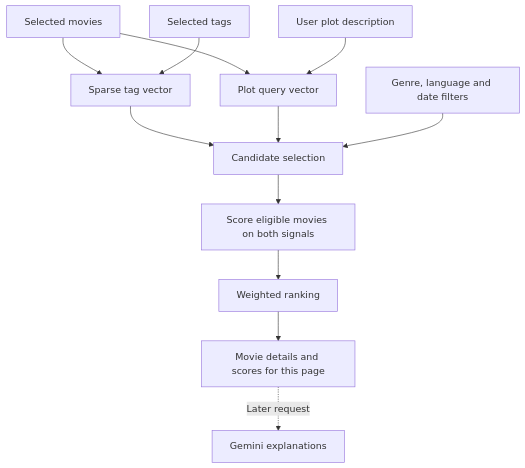
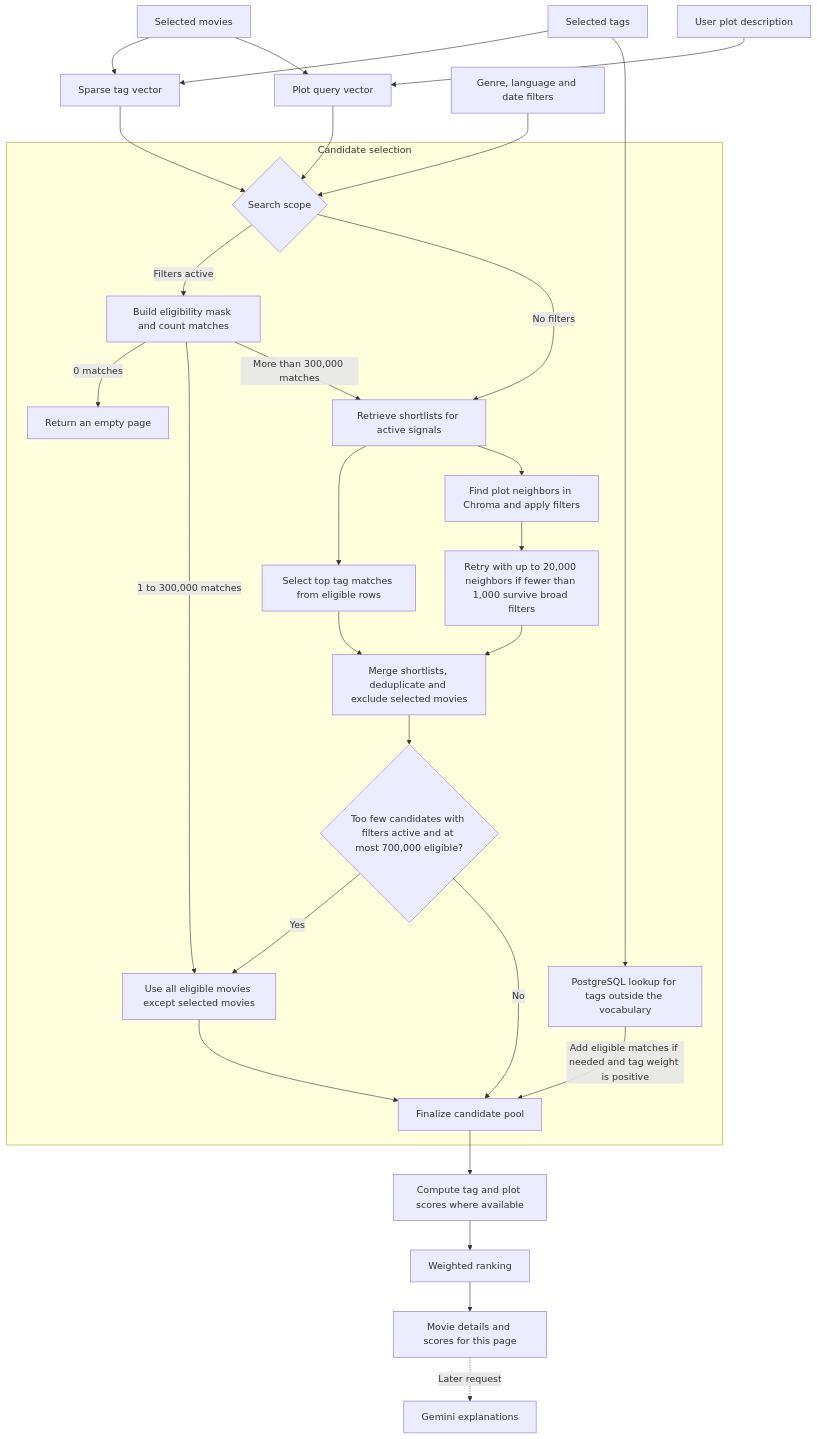
Before and after one commit to Nuwantha97/movie_recommendation_system: the first of 2 diagrams in README.md, drawn with Mermaid. The commit also changed other lines of this file, not shown here.

Commit message:
fix: enhance candidate selection logic in README with detailed flowchart updates

````diff
--- a/README.md
+++ b/README.md
@@ -7,14 +7,35 @@
 ```mermaid
 flowchart TD
     Seeds[Selected movies] --> Tags[Sparse tag vector]
     Chips[Selected tags] --> Tags
     Seeds --> Plot[Plot query vector]
     Text[User plot description] --> Plot
-    Tags --> Retrieve[Candidate selection]
-    Plot --> Retrieve
-    Filters[Genre, language and date filters] --> Retrieve
-    Retrieve --> Score[Score eligible movies on both signals]
+    Chips --> ExactTags[PostgreSQL lookup for tags outside the vocabulary]
+    Tags --> Scope
+    Plot --> Scope
+    Filters[Genre, language and date filters] --> Scope
+
+    subgraph Selection[Candidate selection]
+        Scope{Search scope}
+        Scope -->|Filters active| Mask[Build eligibility mask and count matches]
+        Mask -->|0 matches| Empty[Return an empty page]
+        Mask -->|1 to 300,000 matches| All[Use all eligible movies except selected movies]
+        Mask -->|More than 300,000 matches| Shortlists[Retrieve shortlists for active signals]
+        Scope -->|No filters| Shortlists
+        Shortlists --> TagSearch[Select top tag matches from eligible rows]
+        Shortlists --> PlotSearch[Find plot neighbors in Chroma and apply filters]
+        PlotSearch --> Retry[Retry with up to 20,000 neighbors if fewer than 1,000 survive broad filters]
+        TagSearch --> Merge[Merge shortlists, deduplicate and exclude selected movies]
+        Retry --> Merge
+        Merge --> Fallback{"Too few candidates with filters active and at most 700,000 eligible?"}
+        Fallback -->|Yes| All
+        Fallback -->|No| Pool[Finalize candidate pool]
+        All --> Pool
+        ExactTags -->|Add eligible matches if needed and tag weight is positive| Pool
+    end
+
+    Pool --> Score[Compute tag and plot scores where available]
     Score --> Rank[Weighted ranking]
     Rank --> Page[Movie details and scores for this page]
     Page -. Later request .-> Explain[Gemini explanations]
 ```
````
